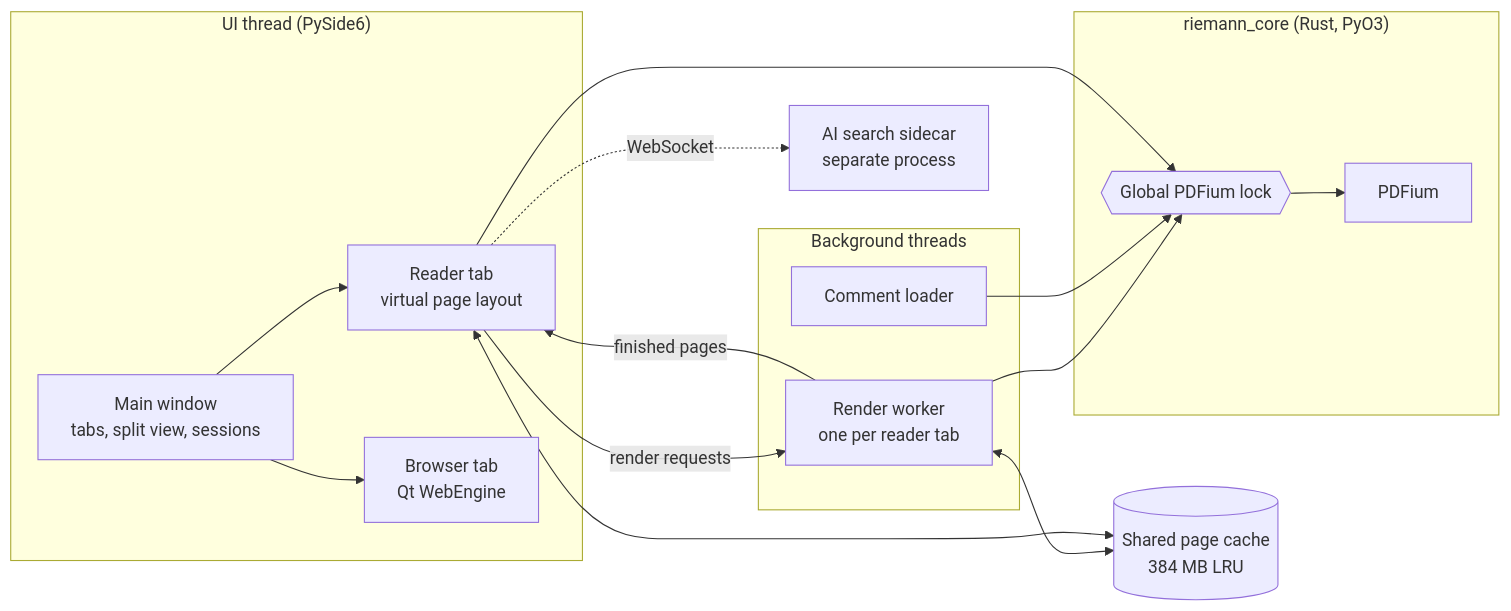
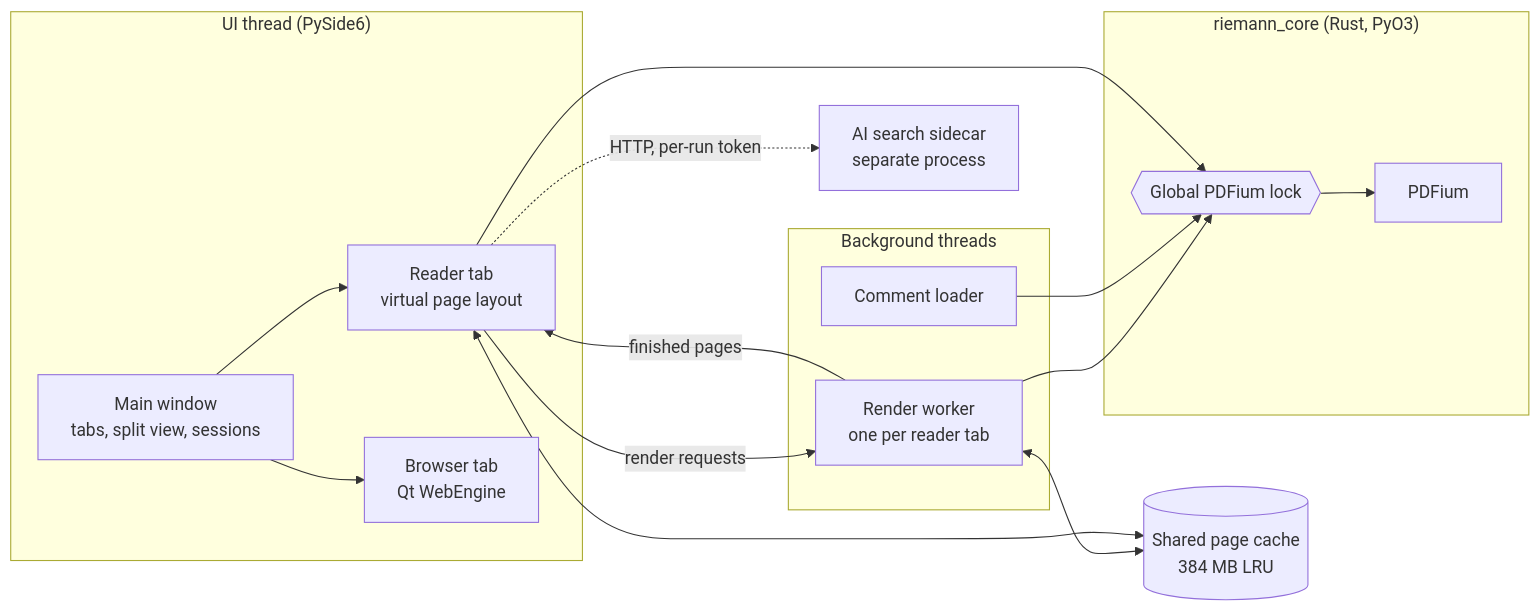
One commit to shadow30812/riemann changed the diagram in docs/README.md. Above: the diagram before and after it, drawn with Mermaid. The commit also changed other lines of this file and 165 other files, not shown here.

````diff
--- a/docs/README.md
+++ b/docs/README.md
@@ -77,26 +77,26 @@
 ```mermaid
 flowchart LR
     subgraph UI["UI thread (PySide6)"]
         W[Main window<br/>tabs, split view, sessions]
         R[Reader tab<br/>virtual page layout]
         B[Browser tab<br/>Qt WebEngine]
     end
     subgraph BG["Background threads"]
         RW[Render worker<br/>one per reader tab]
         CW[Comment loader]
     end
     C[(Shared page cache<br/>384 MB LRU)]
     subgraph Rust["riemann_core (Rust, PyO3)"]
         L{{Global PDFium lock}}
         P[PDFium]
     end
     AI[AI search sidecar<br/>separate process]
 
     W --> R & B
     R -- render requests --> RW
     RW -- finished pages --> R
     RW <--> C
     R <--> C
     RW & CW & R --> L --> P
-    R -. WebSocket .-> AI
+    R -. HTTP, per-run token .-> AI
 ```
````
